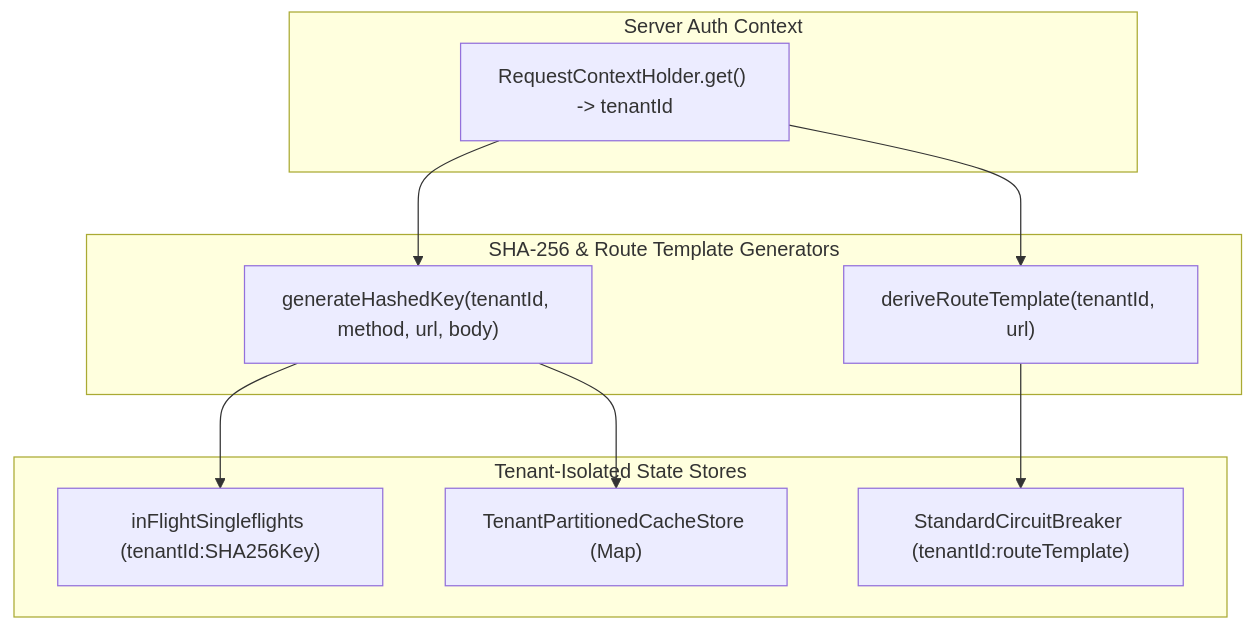
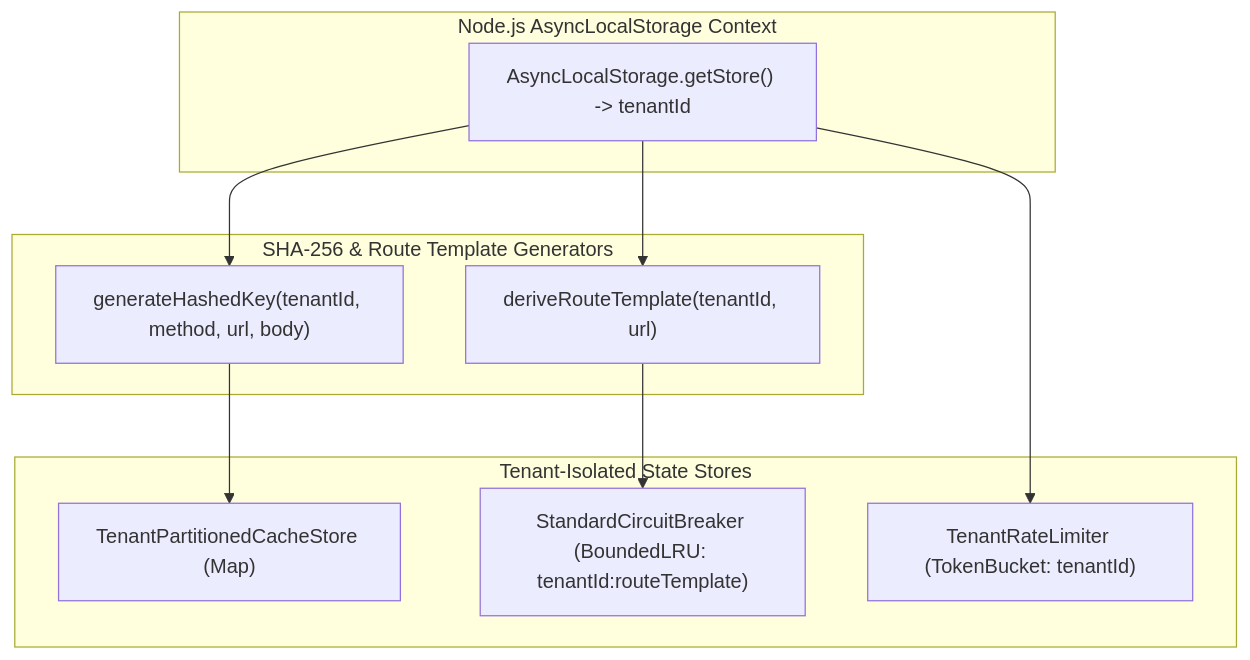
The third of 3 diagrams in packages/node/shared-infra/docs/adr/0001-scalable-resilient-telemetry-http-pipeline.md (Chief-Strategist-J/llm-observability-platform), drawn with Mermaid before and after one commit. The commit also changed other lines of this file and 4 other files, not shown here.

Commit message:
feat(security): refactor RequestContextHolder to AsyncLocalStorage, add real-time streaming byte limit, DNS IP SSRF validation, Bounded LRU circuit breaker, write cache invalidation, TracedSpanFacade allowlist filter, TenantRateLimiter, and update ADR 0001

````diff
--- a/packages/node/shared-infra/docs/adr/0001-scalable-resilient-telemetry-http-pipeline.md
+++ b/packages/node/shared-infra/docs/adr/0001-scalable-resilient-telemetry-http-pipeline.md
@@ -315,22 +171,22 @@
 ```mermaid
 graph TD
-  subgraph AuthContext ["Server Auth Context"]
-    CTX["RequestContextHolder.get() -> tenantId"]
+  subgraph AuthContext ["Node.js AsyncLocalStorage Context"]
+    ALS["AsyncLocalStorage.getStore() -> tenantId"]
   end
 
   subgraph KeyGenerators ["SHA-256 & Route Template Generators"]
     HASH["generateHashedKey(tenantId, method, url, body)"]
     ROUTE["deriveRouteTemplate(tenantId, url)"]
   end
 
   subgraph IsolatedPartitions ["Tenant-Isolated State Stores"]
-    LRU["TenantPartitionedCacheStore (Map<tenantId, LRUCache>)"]
-    CBStore["StandardCircuitBreaker (tenantId:routeTemplate)"]
-    SFStore["inFlightSingleflights (tenantId:SHA256Key)"]
+    LRU["TenantPartitionedCacheStore (Map<tenantId, BoundedLRU>)"]
+    CBStore["StandardCircuitBreaker (BoundedLRU: tenantId:routeTemplate)"]
+    RateStore["TenantRateLimiter (TokenBucket: tenantId)"]
   end
 
-  CTX --> HASH & ROUTE
-  HASH --> SFStore
+  ALS --> HASH & ROUTE
+  ALS --> RateStore
   HASH --> LRU
   ROUTE --> CBStore
 ```
````
